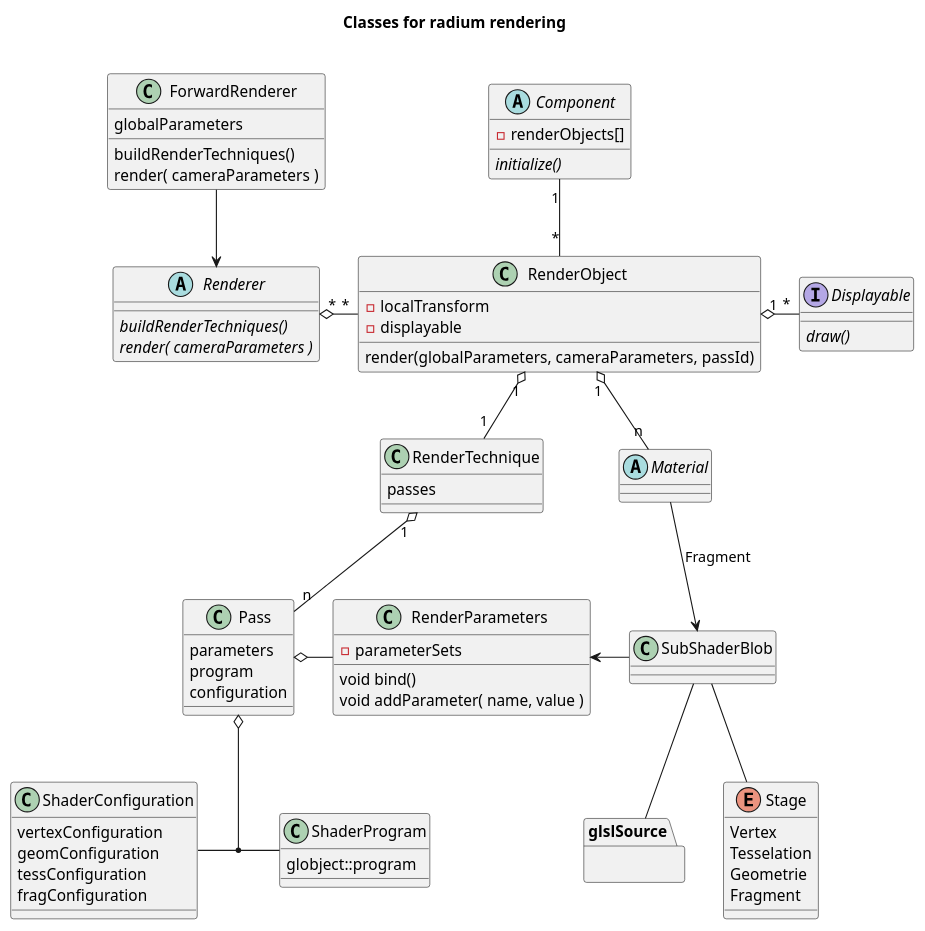
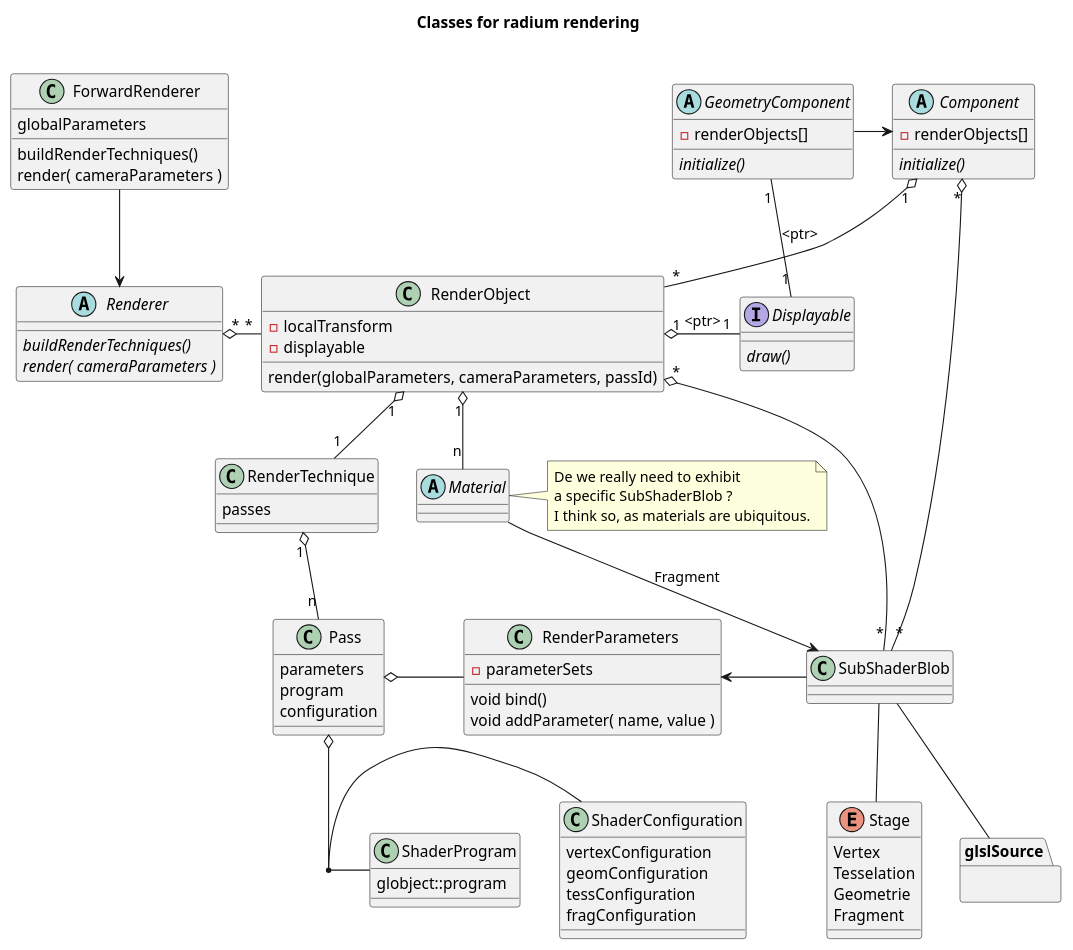
One commit to MathiasPaulin/Radium-Engine changed the diagram in doc/concepts/plantUML/RenderingClasses.puml. Above: the diagram before and after it, drawn with PlantUML. The commit also changed 4 other files, not shown here.

Commit message:
Uml updated

```diff
--- a/doc/concepts/plantUML/RenderingClasses.puml
+++ b/doc/concepts/plantUML/RenderingClasses.puml
@@ -1,89 +1,106 @@
 @startuml
 title Classes for radium rendering\n
 
 abstract class Component {
+- renderObjects[]
+{abstract} initialize()
+}
+
+
+abstract class GeometryComponent {
 - renderObjects[]
 {abstract} initialize()
 }
 
 class RenderParameters {
 - parameterSets
 void bind()
 void addParameter( name, value )
 }
 
 class RenderObject {
 - localTransform
 - displayable
 render(globalParameters, cameraParameters, passId)
 }
 
 class RenderTechnique {
 passes
 }
 
 abstract class Renderer {
 {abstract} buildRenderTechniques()
 {abstract} render( cameraParameters )
 }
 
 class ForwardRenderer {
 globalParameters
 buildRenderTechniques()
 render( cameraParameters )
 }
 
 class Pass{
 parameters
 program
 configuration
 }
 
 class ShaderProgram {
 globject::program
 }
 
 class ShaderConfiguration {
 vertexConfiguration
 geomConfiguration
 tessConfiguration
 fragConfiguration
 }
 
 interface Displayable {
 {abstract} draw()
 }
 
 abstract class Material
 
 enum Stage {
 Vertex
 Tesselation
 Geometrie
 Fragment
 }
 
 namespace glslSource {
 }
 '-----------------------
 
 Renderer "*" o- "*" RenderObject
 ForwardRenderer --> Renderer
-Component "1"  --  "*" RenderObject
-RenderObject "1" o- "*" Displayable
+Component "1"  o--  "*" RenderObject
+GeometryComponent -> Component
+GeometryComponent "1" O- "1" Displayable : <ptr>
+'Displayable "*" --o "1" RenderObject
+'Displayable "*" -o "1" GeometryComponent
+RenderObject "1" o- "1" Displayable : <ptr>
 RenderObject "1" o-- "1" RenderTechnique
 
 RenderObject "1" o-- "n" Material
+note right of Material
+De we really need to exhibit
+a specific SubShaderBlob ?
+I think so, as materials are ubiquitous.
+end note
+RenderObject "*" o-- "*" SubShaderBlob
+Component "*" o-- "*" SubShaderBlob
 Material --> SubShaderBlob : Fragment
 
 ShaderConfiguration -  ShaderProgram
 Pass o- (ShaderConfiguration, ShaderProgram)
 Pass o- RenderParameters
 RenderTechnique "1" o-- "n" Pass
 
 
 RenderParameters <- SubShaderBlob
 SubShaderBlob -- Stage
 SubShaderBlob -- glslSource
 
 @enduml
```
